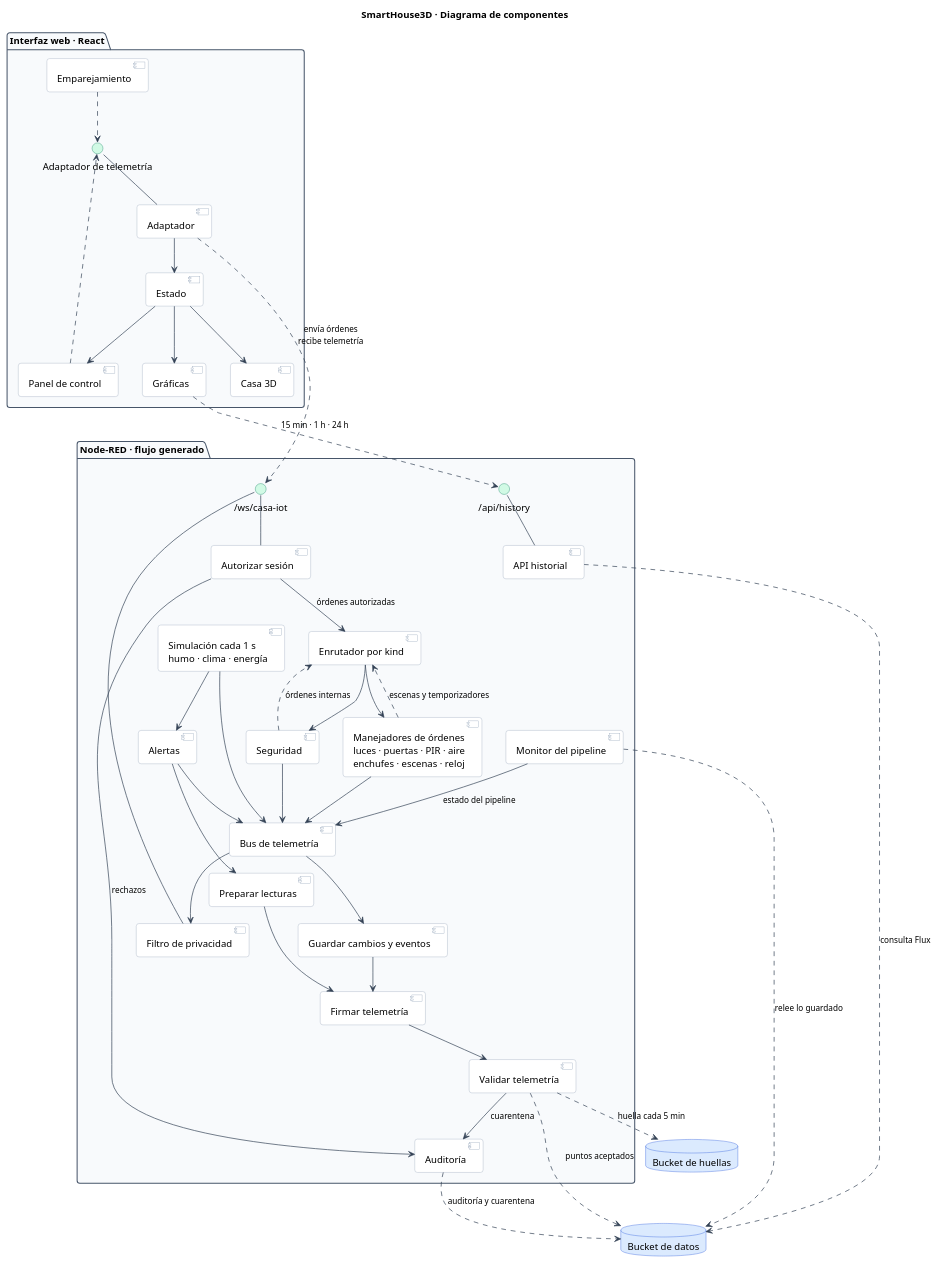
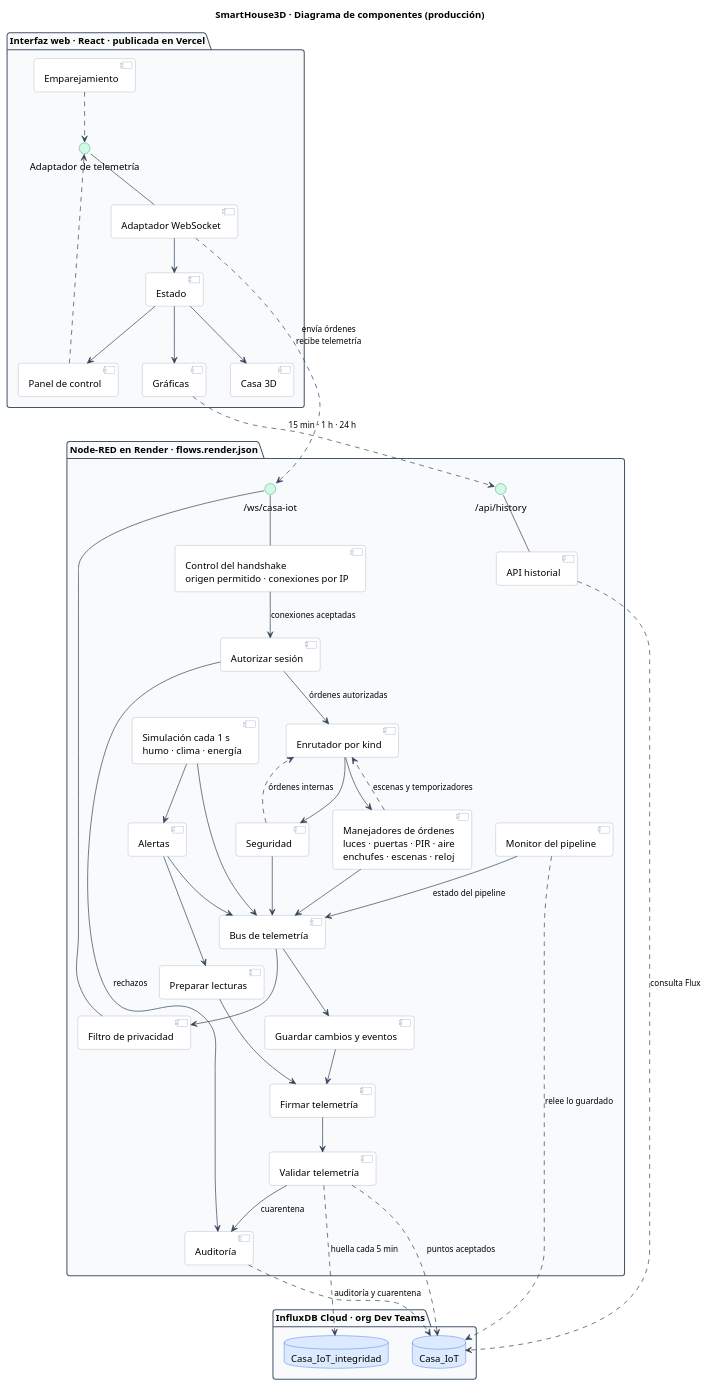
Before and after one commit to WilderG2004/SmartHouse3D: the diagram in docs/diagramas/componentes.puml, drawn with PlantUML. The commit also changed 3 other files, not shown here.

First line of the commit message:
Clases y componentes: alineados con produccion

```diff
--- a/docs/diagramas/componentes.puml
+++ b/docs/diagramas/componentes.puml
@@ -1,106 +1,115 @@
 @startuml componentes
-' Cableado comprobado en infra/nodered/tools/build-flows.mts (secciones A-F)
-' y en los 36 nodos de infra/nodered/src/*.js. Nombres tomados de sus cabeceras @name.
-title SmartHouse3D · Diagrama de componentes
+' El sistema PUBLICADO, el mismo que describe el diagrama de despliegue.
+' Comprobado en:
+'   infra/nodered/tools/build-flows.mts   cableado, secciones A-F
+'   infra/nodered/src/*.js                nombres reales (@name) de los 36 nodos
+'   infra/nodered/seguridad-ws.js         control del handshake, copiado a la imagen
+'   render.yaml                           CASA_INGEST=off, por eso /api/ingest no aparece
+'   src/services/telemetry/index.ts       en produccion el adaptador es el de WebSocket
+title SmartHouse3D · Diagrama de componentes (producción)
 
 skinparam backgroundColor White
 skinparam shadowing false
 skinparam defaultFontName Helvetica
 skinparam defaultFontSize 14
 skinparam roundcorner 8
 skinparam componentStyle uml2
 skinparam ArrowColor #334155
 skinparam ArrowFontSize 12
 skinparam nodesep 35
 skinparam ranksep 50
 skinparam package {
   BackgroundColor #F8FAFC
   BorderColor #475569
 }
 skinparam component {
   BackgroundColor #FFFFFF
   BorderColor #94A3B8
 }
 skinparam interface {
   BackgroundColor #D1FAE5
   BorderColor #047857
 }
 skinparam database {
   BackgroundColor #DBEAFE
   BorderColor #1D4ED8
 }
 
-package "Interfaz web · React" {
+package "Interfaz web · React · publicada en Vercel" {
   component "Panel de control" as panel
   component "Gráficas" as graficas
   component "Casa 3D" as casa
   component "Emparejamiento" as empareja
   component "Estado" as estado
-  component "Adaptador" as adaptador
+  component "Adaptador WebSocket" as adaptador
   interface "Adaptador de telemetría" as ITel
 
   adaptador -up- ITel
   panel ..> ITel
   empareja ..> ITel
   adaptador --> estado
   estado --> panel
   estado --> graficas
   estado --> casa
 }
 
-package "Node-RED · flujo generado" {
+package "Node-RED en Render · flows.render.json" {
+  component "Control del handshake\norigen permitido · conexiones por IP" as handshake
   component "Autorizar sesión" as auth
   component "Enrutador por kind" as router
   component "Manejadores de órdenes\nluces · puertas · PIR · aire\nenchufes · escenas · reloj" as handlers
   component "Seguridad" as seg
   component "Simulación cada 1 s\nhumo · clima · energía" as simul
   component "Alertas" as alertas
   component "Bus de telemetría" as bus
   component "Filtro de privacidad" as filtro
   component "Preparar lecturas" as prepara
   component "Guardar cambios y eventos" as eventos
   component "Firmar telemetría" as firma
   component "Validar telemetría" as valida
   component "Auditoría" as audit
   component "API historial" as api
   component "Monitor del pipeline" as monitor
   interface "/ws/casa-iot" as IWs
   interface "/api/history" as IHist
 
-  auth -up- IWs
+  handshake -up- IWs
   filtro -up- IWs
   api -up- IHist
 
+  handshake --> auth : "conexiones aceptadas"
   auth --> router : "órdenes autorizadas"
   auth --> audit : "rechazos"
   router --> handlers
   router --> seg
   handlers --> bus
   seg --> bus
   seg ..> router : "órdenes internas"
   handlers ..> router : "escenas y temporizadores"
   simul --> alertas
   simul --> bus
   alertas --> bus
   alertas --> prepara
   bus --> filtro
   bus --> eventos
   prepara --> firma
   eventos --> firma
   firma --> valida
   valida --> audit : "cuarentena"
   monitor --> bus : "estado del pipeline"
 }
 
-database "Bucket de datos" as bdatos
-database "Bucket de huellas" as bhuellas
+package "InfluxDB Cloud · org Dev Teams" {
+  database "Casa_IoT" as bdatos
+  database "Casa_IoT_integridad" as bhuellas
+}
 
 adaptador ..> IWs : "envía órdenes\nrecibe telemetría"
 graficas ..> IHist : "15 min · 1 h · 24 h"
 valida ..> bdatos : "puntos aceptados"
 valida ..> bhuellas : "huella cada 5 min"
 audit ..> bdatos : "auditoría y cuarentena"
 api ..> bdatos : "consulta Flux"
 monitor ..> bdatos : "relee lo guardado"
 
 @enduml
```
